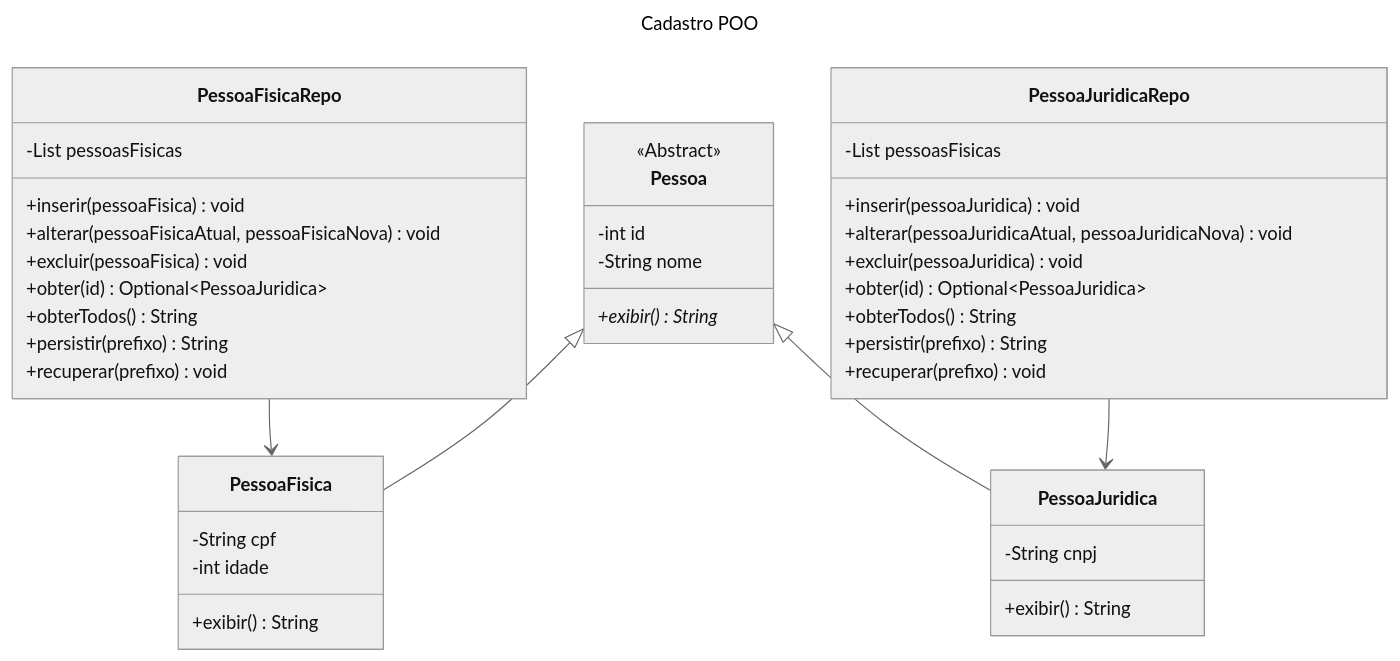
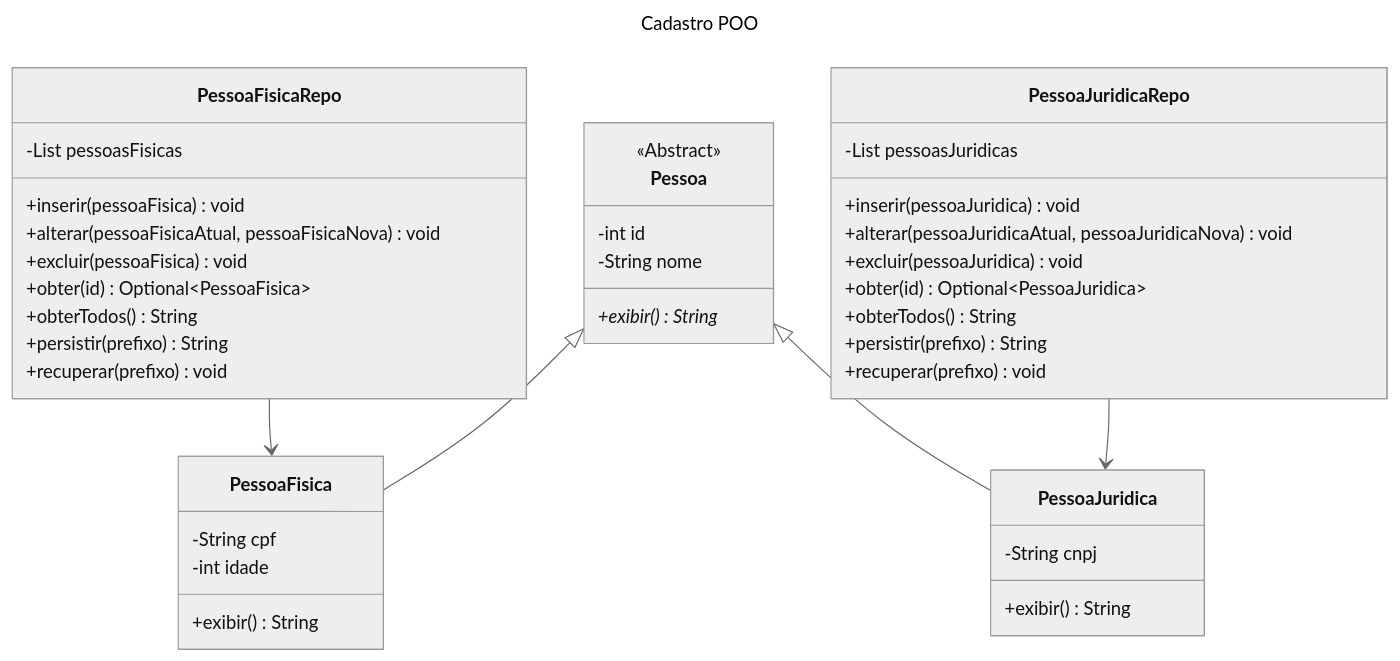
Before and after one commit to luizmarinhojr/cadastro-poo: the diagram in README.md, drawn with Mermaid (neutral theme).

````diff
--- a/README.md
+++ b/README.md
@@ -22,49 +22,49 @@
 ```mermaid
 ---
 title: Cadastro POO
 ---
 
 classDiagram
     direction TB
     class Pessoa
     class PessoaFisica
     class PessoaJuridica
     class PessoaFisicaRepo
     class PessoaJuridicaRepo
     
     PessoaFisicaRepo --> PessoaFisica
     PessoaJuridicaRepo --> PessoaJuridica
     Pessoa <|-- PessoaFisica
     Pessoa <|-- PessoaJuridica
     
     
     <<Abstract>> Pessoa
     Pessoa : -int id
     Pessoa : -String nome
     Pessoa : +exibir()* String
     
     PessoaFisica : -String cpf
     PessoaFisica : -int idade
     PessoaFisica : +exibir() String
     
     PessoaJuridica : -String cnpj
     PessoaJuridica : +exibir() String
     
     PessoaFisicaRepo : -List<PessoaFisica> pessoasFisicas
     PessoaFisicaRepo : +inserir(pessoaFisica) void
     PessoaFisicaRepo : +alterar(pessoaFisicaAtual, pessoaFisicaNova) void
     PessoaFisicaRepo : +excluir(pessoaFisica) void
-    PessoaFisicaRepo : +obter(id) Optional~PessoaJuridica~
+    PessoaFisicaRepo : +obter(id) Optional~PessoaFisica~
     PessoaFisicaRepo : +obterTodos() String
     PessoaFisicaRepo : +persistir(prefixo) String
     PessoaFisicaRepo : +recuperar(prefixo) void
     
-    PessoaJuridicaRepo : -List<PessoaJuridica> pessoasFisicas
+    PessoaJuridicaRepo : -List<PessoaJuridica> pessoasJuridicas
     PessoaJuridicaRepo : +inserir(pessoaJuridica) void
     PessoaJuridicaRepo : +alterar(pessoaJuridicaAtual, pessoaJuridicaNova) void
     PessoaJuridicaRepo : +excluir(pessoaJuridica) void
     PessoaJuridicaRepo : +obter(id) Optional~PessoaJuridica~
     PessoaJuridicaRepo : +obterTodos() String
     PessoaJuridicaRepo : +persistir(prefixo) String
     PessoaJuridicaRepo : +recuperar(prefixo) void
 ```
````
